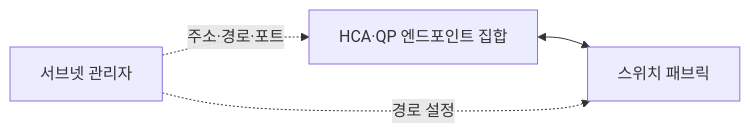
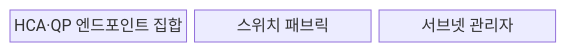
One commit to agnusdei1207/knowledge-base changed the first of 2 diagrams in src/content/docs/notes/02-hardware/048_infiniband.md. Above: the diagram before and after it, drawn with Mermaid. The commit also changed other lines of this file and 20 other files, not shown here.

````diff
--- a/src/content/docs/notes/02-hardware/048_infiniband.md
+++ b/src/content/docs/notes/02-hardware/048_infiniband.md
@@ -69,6 +67,7 @@
 ```mermaid
-flowchart LR
-    E[HCA·QP 엔드포인트 집합] <--> F[스위치 패브릭]
-    S[서브넷 관리자] -. 주소·경로·포트 .-> E
-    S -. 경로 설정 .-> F
+block
+    columns 3
+    E["HCA·QP 엔드포인트 집합"]
+    F["스위치 패브릭"]
+    S["서브넷 관리자"]
 ```
````
